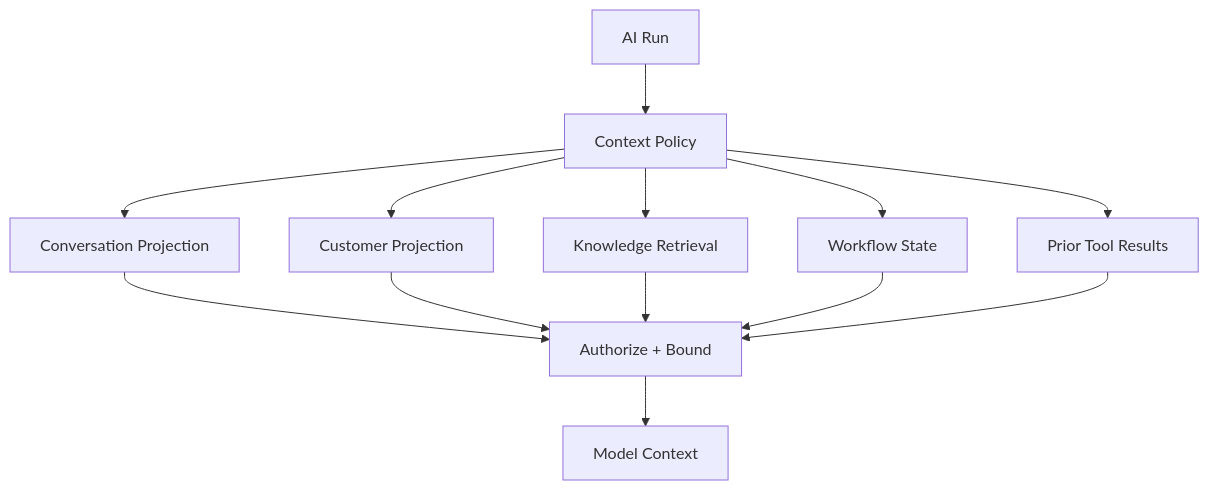
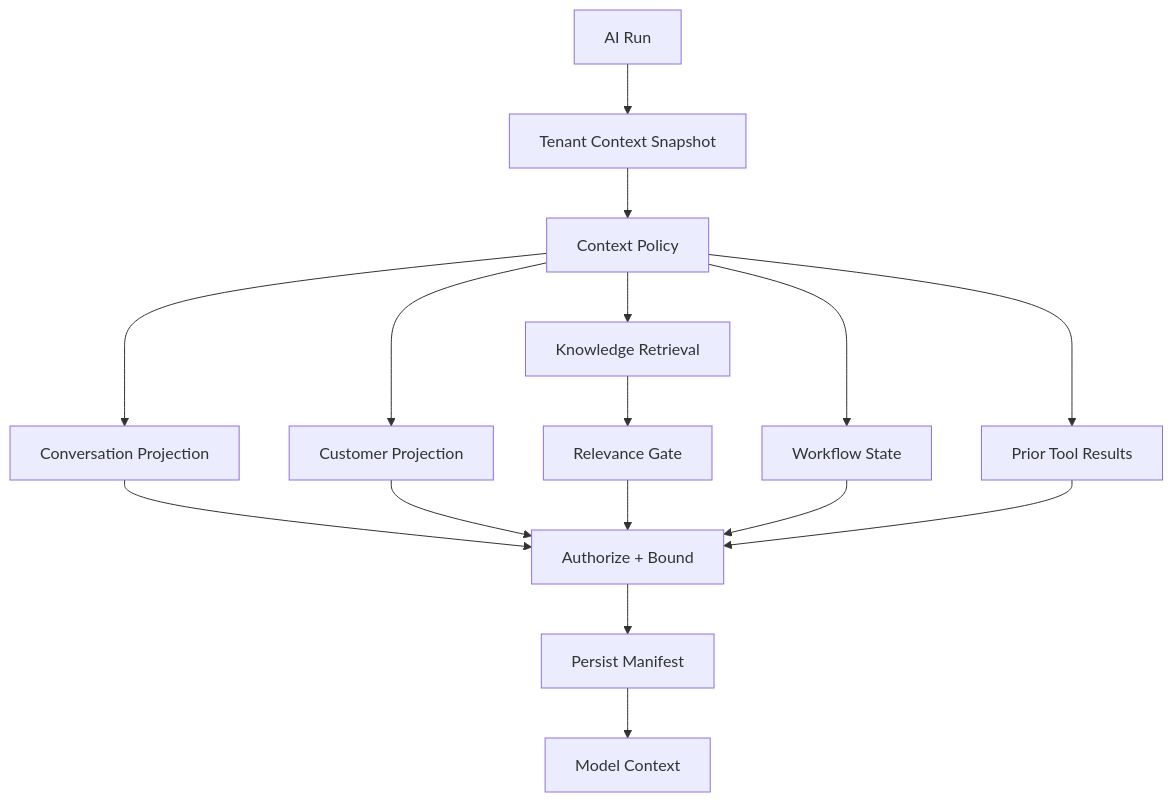
Before and after one commit to D-engahmed/OMILINKS: the second of 2 diagrams in docs/ai/agent-runtime.md, drawn with Mermaid. The commit also changed other lines of this file and 81 other files, not shown here.

````diff
--- a/docs/ai/agent-runtime.md
+++ b/docs/ai/agent-runtime.md
@@ -148,15 +180,18 @@
 ```mermaid
 flowchart TD
-RUN[AI Run] --> POLICY[Context Policy]
+RUN[AI Run] --> SNAP[Tenant Context Snapshot]
+SNAP --> POLICY[Context Policy]
 POLICY --> HISTORY[Conversation Projection]
 POLICY --> CUSTOMER[Customer Projection]
 POLICY --> KNOW[Knowledge Retrieval]
 POLICY --> WORKFLOW[Workflow State]
 POLICY --> TOOLS[Prior Tool Results]
 HISTORY --> BOUND[Authorize + Bound]
 CUSTOMER --> BOUND
-KNOW --> BOUND
+KNOW --> GATE[Relevance Gate]
+GATE --> BOUND
 WORKFLOW --> BOUND
 TOOLS --> BOUND
-BOUND --> PROMPT[Model Context]
+BOUND --> MANIFEST[Persist Manifest]
+MANIFEST --> PROMPT[Model Context]
 ```
````
